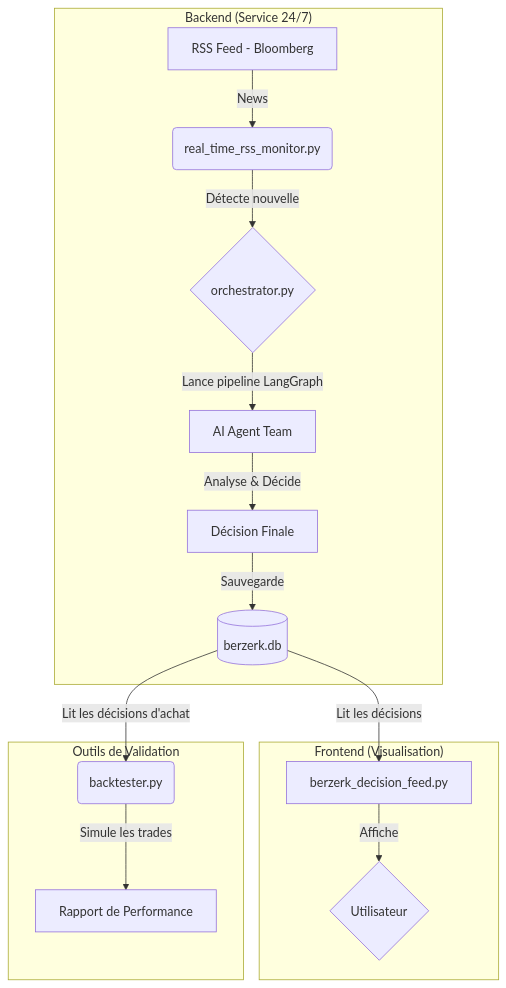
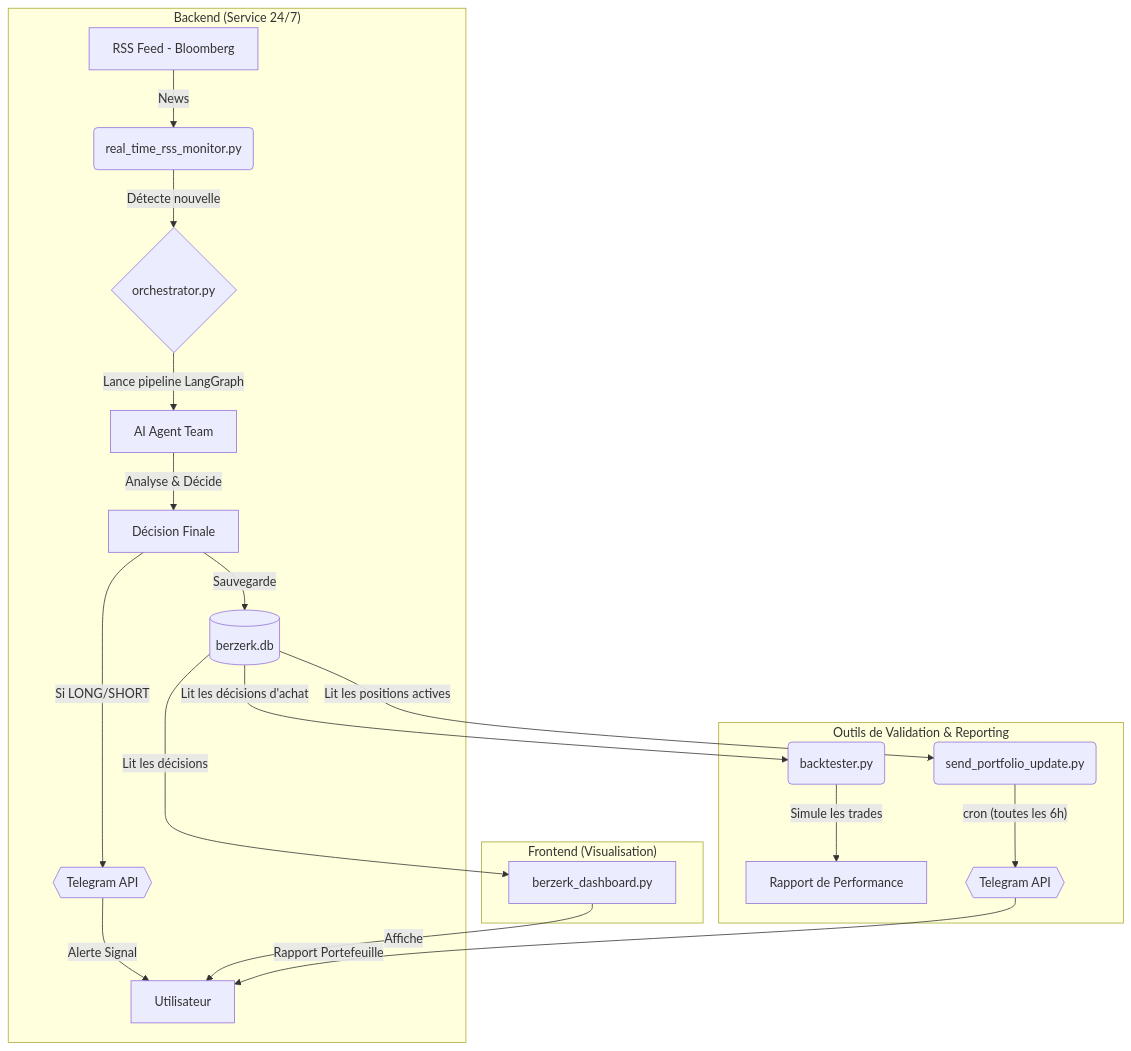
One commit to rida12b/Berzerk changed the diagram in README.md. Above: the diagram before and after it, drawn with Mermaid. The commit also changed other lines of this file and 1 other file, not shown here.

First line of the commit message:
feat: Revise README and enhance portfolio reporting setup

````diff
--- a/README.md
+++ b/README.md
@@ -33,20 +28,25 @@
 ```mermaid
 graph TD
     subgraph "Backend (Service 24/7)"
         A[RSS Feed - Bloomberg] -- News --> B(real_time_rss_monitor.py);
         B -- Détecte nouvelle --> C{orchestrator.py};
         C -- Lance pipeline LangGraph --> D[AI Agent Team];
         D -- Analyse & Décide --> E[Décision Finale];
         E -- Sauvegarde --> F[(berzerk.db)];
+        E -- Si LONG/SHORT --> G{{Telegram API}};
+        G -- Alerte Signal --> H[Utilisateur];
     end
 
     subgraph "Frontend (Visualisation)"
-        F -- Lit les décisions --> G[berzerk_decision_feed.py];
-        G -- Affiche --> H{Utilisateur};
+        F -- Lit les décisions --> I[berzerk_dashboard.py];
+        I -- Affiche --> H;
     end
     
-    subgraph "Outils de Validation"
-        F -- Lit les décisions d'achat --> I(backtester.py);
-        I -- Simule les trades --> J[Rapport de Performance];
+    subgraph "Outils de Validation & Reporting"
+        F -- Lit les décisions d'achat --> J(backtester.py);
+        J -- Simule les trades --> K[Rapport de Performance];
+        F -- Lit les positions actives --> L(send_portfolio_update.py);
+        L -- "cron" (toutes les 6h) --> M{{Telegram API}};
+        M -- Rapport Portefeuille --> H;
     end
 ```
````
